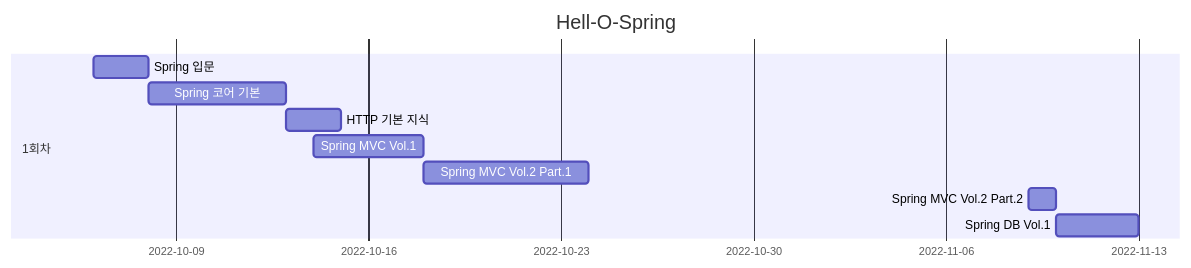
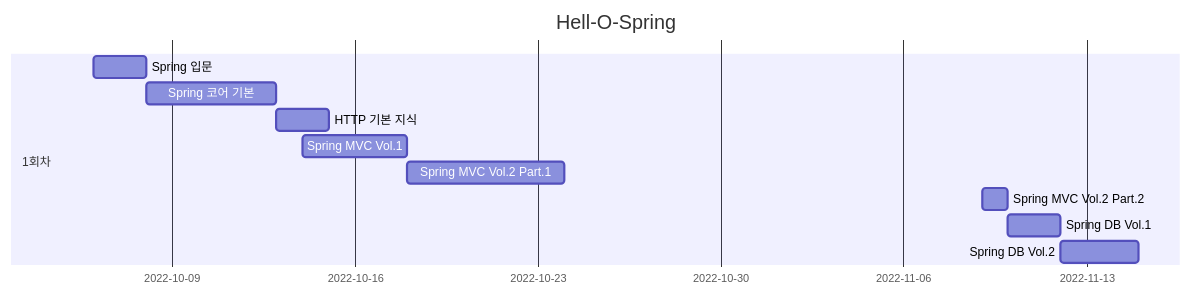
The diagram in ReadMe.md (darkblose/spring-study), drawn with Mermaid before and after one commit.

Commit message:
update : ReadMe

````diff
--- a/ReadMe.md
+++ b/ReadMe.md
@@ -3,15 +3,16 @@
 ```mermaid
 gantt
 dateFormat YYYY-MM-DD
 title Hell-O-Spring
 
     section 1회차
     Spring 입문               :chap1, 2022-10-06, 2d
     Spring 코어 기본           :chap2, 2022-10-08, 5d
     HTTP 기본 지식             :chap3, 2022-10-13, 2d
     Spring MVC Vol.1        :chap4, 2022-10-14, 4d
     Spring MVC Vol.2 Part.1 :chap5-1, 2022-10-18, 6d
     Spring MVC Vol.2 Part.2 :chap5-2, 2022-11-09, 1d
-    Spring DB Vol.1         :chap6, 2022-11-10, 3d
+    Spring DB Vol.1         :chap6, 2022-11-10, 2d
+    Spring DB Vol.2         :chap7, 2022-11-12, 3d
     
 ```
````
